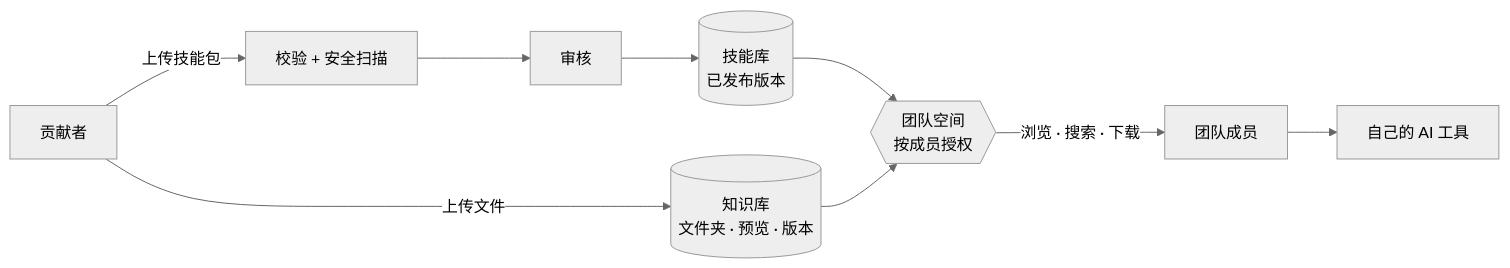
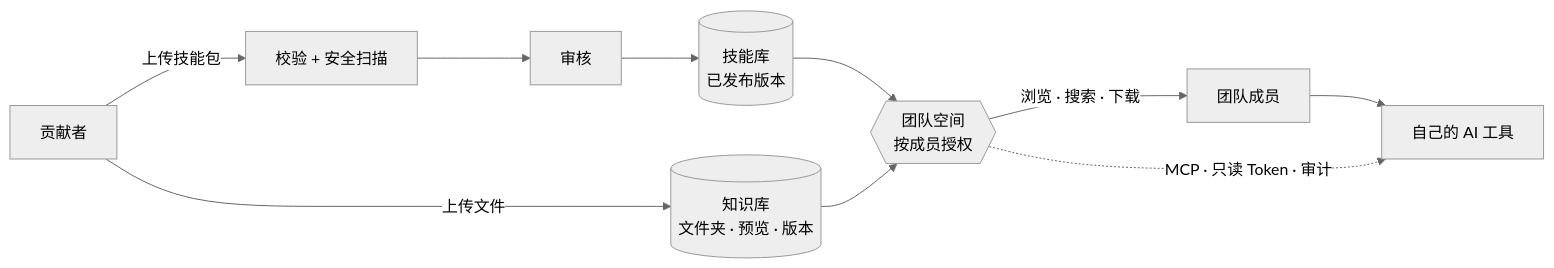
One commit to kun001/skillhive changed the first of 2 diagrams in README.md. Above: the diagram before and after it, drawn with Mermaid (neutral theme). The commit also changed other lines of this file and 1 other file, not shown here.

First line of the commit message:
docs: feature MCP access in the README

````diff
--- a/README.md
+++ b/README.md
@@ -70,9 +72,10 @@
 ```mermaid
 flowchart LR
     C[贡献者] -->|上传技能包| V[校验 + 安全扫描] --> R[审核] --> SK[(技能库<br/>已发布版本)]
     C -->|上传文件| KB[(知识库<br/>文件夹 · 预览 · 版本)]
     SK --> NS{{团队空间<br/>按成员授权}}
     KB --> NS
     NS -->|浏览 · 搜索 · 下载| M[团队成员]
     M --> T[自己的 AI 工具]
+    NS -.->|MCP · 只读 Token · 审计| T
 ```
````
